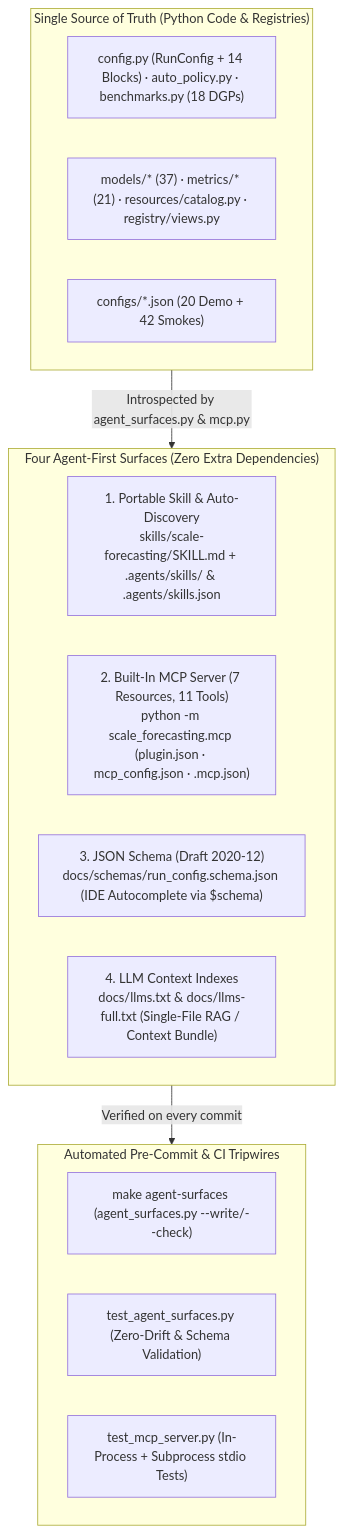
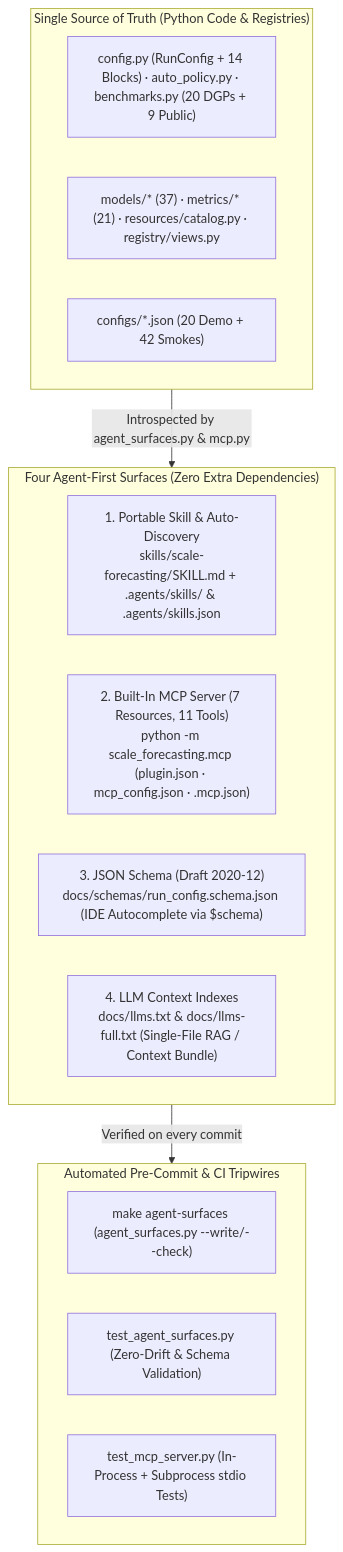
The diagram in docs/agent_and_mcp_guide.md (statmike/scale-forecasting), drawn with Mermaid before and after one commit. The commit also changed other lines of this file and 16 other files, not shown here.

````diff
--- a/docs/agent_and_mcp_guide.md
+++ b/docs/agent_and_mcp_guide.md
@@ -5,24 +5,24 @@
 ```mermaid
 flowchart TD
     subgraph Truth["Single Source of Truth (Python Code & Registries)"]
-        T1["config.py (RunConfig + 14 Blocks) · auto_policy.py · benchmarks.py (18 DGPs)"]
+        T1["config.py (RunConfig + 14 Blocks) · auto_policy.py · benchmarks.py (20 DGPs + 9 Public)"]
         T2["models/* (37) · metrics/* (21) · resources/catalog.py · registry/views.py"]
         T3["configs/*.json (20 Demo + 42 Smokes)"]
     end
 
     subgraph Surfaces["Four Agent-First Surfaces (Zero Extra Dependencies)"]
         S1["1. Portable Skill & Auto-Discovery<br/>skills/scale-forecasting/SKILL.md + .agents/skills/ & .agents/skills.json"]
         S2["2. Built-In MCP Server (7 Resources, 11 Tools)<br/>python -m scale_forecasting.mcp (plugin.json · mcp_config.json · .mcp.json)"]
         S3["3. JSON Schema (Draft 2020-12)<br/>docs/schemas/run_config.schema.json (IDE Autocomplete via $schema)"]
         S4["4. LLM Context Indexes<br/>docs/llms.txt & docs/llms-full.txt (Single-File RAG / Context Bundle)"]
     end
 
     subgraph Guard["Automated Pre-Commit & CI Tripwires"]
         G1["make agent-surfaces (agent_surfaces.py --write/--check)"]
         G2["test_agent_surfaces.py (Zero-Drift & Schema Validation)"]
         G3["test_mcp_server.py (In-Process + Subprocess stdio Tests)"]
     end
 
     Truth -->|"Introspected by agent_surfaces.py & mcp.py"| Surfaces
     Surfaces -->|"Verified on every commit"| Guard
 ```
````
